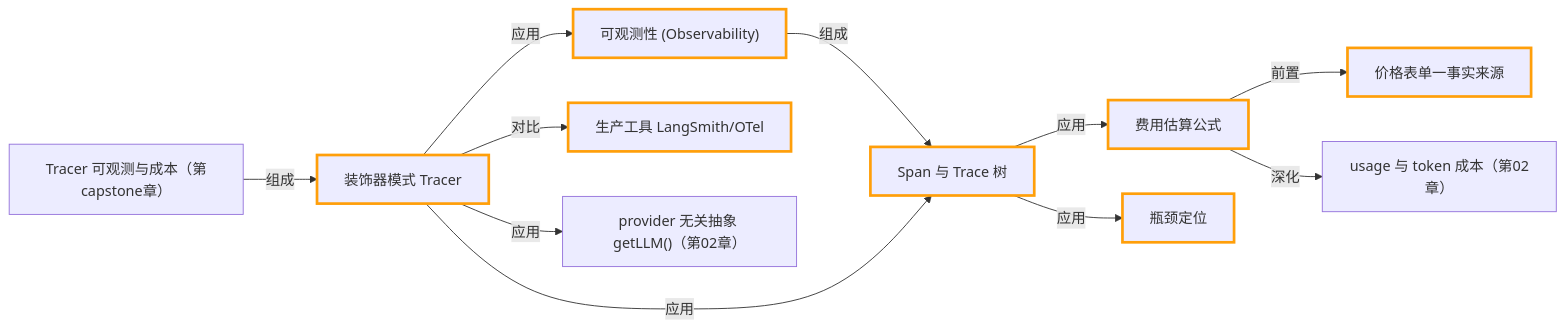
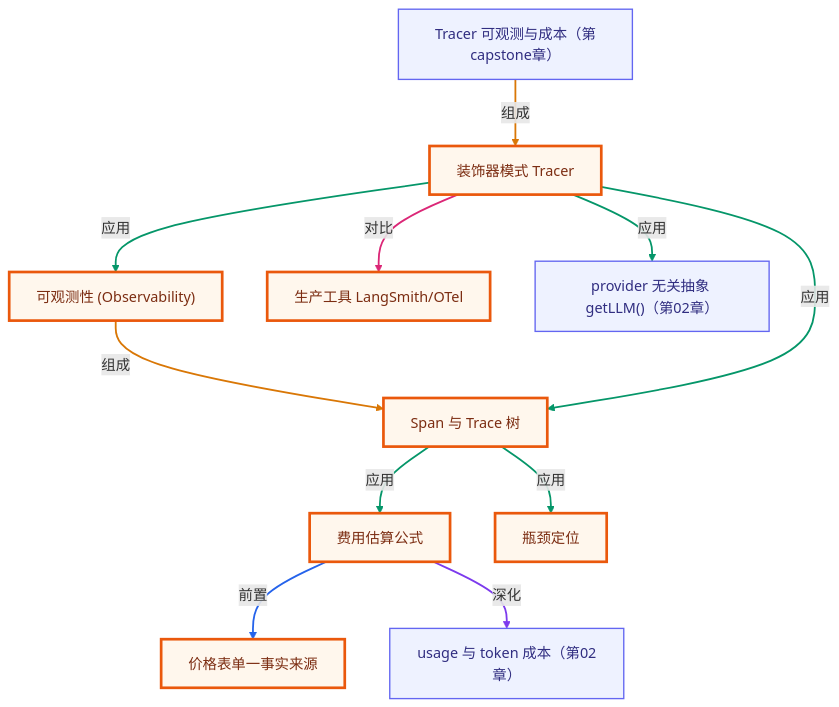
Before and after one commit to songuu/agent: the second of 2 diagrams in lessons/16-observability-and-cost/README.md, drawn with Mermaid. The commit also changed other lines of this file and 72 other files, not shown here.

````diff
--- a/lessons/16-observability-and-cost/README.md
+++ b/lessons/16-observability-and-cost/README.md
@@ -256,30 +258,37 @@
 ```mermaid
-graph LR
+graph TB
+  classDef own fill:#fff7ed,stroke:#ea580c,stroke-width:3px,color:#7c2d12;
+  classDef cross fill:#eef2ff,stroke:#6366f1,stroke-width:1.5px,color:#312e81;
   n_c16_observability["可观测性 (Observability)"]
   n_c16_span_trace_tree["Span 与 Trace 树"]
   n_c16_decorator_tracer["装饰器模式 Tracer"]
   n_c16_cost_estimation["费用估算公式"]
   n_c16_price_table["价格表单一事实来源"]
   n_c16_bottleneck_location["瓶颈定位"]
   n_c16_production_tooling["生产工具 LangSmith/OTel"]
   n_c02_usage_token["usage 与 token 成本（第02章）"]
   n_c02_get_llm_abstraction["provider 无关抽象 getLLM()（第02章）"]
   n_ccapstone_tracer_cost["Tracer 可观测与成本（第capstone章）"]
   n_c16_observability -->|组成| n_c16_span_trace_tree
   n_c16_decorator_tracer -->|应用| n_c16_observability
   n_c16_decorator_tracer -->|应用| n_c16_span_trace_tree
   n_c16_cost_estimation -->|前置| n_c16_price_table
   n_c16_span_trace_tree -->|应用| n_c16_cost_estimation
   n_c16_span_trace_tree -->|应用| n_c16_bottleneck_location
   n_c16_decorator_tracer -->|对比| n_c16_production_tooling
   n_c16_cost_estimation -->|深化| n_c02_usage_token
   n_c16_decorator_tracer -->|应用| n_c02_get_llm_abstraction
   n_ccapstone_tracer_cost -->|组成| n_c16_decorator_tracer
-  style n_c16_observability stroke:#ff9f0a,stroke-width:3px
-  style n_c16_span_trace_tree stroke:#ff9f0a,stroke-width:3px
-  style n_c16_decorator_tracer stroke:#ff9f0a,stroke-width:3px
-  style n_c16_cost_estimation stroke:#ff9f0a,stroke-width:3px
-  style n_c16_price_table stroke:#ff9f0a,stroke-width:3px
-  style n_c16_bottleneck_location stroke:#ff9f0a,stroke-width:3px
-  style n_c16_production_tooling stroke:#ff9f0a,stroke-width:3px
+  class n_c16_observability,n_c16_span_trace_tree,n_c16_decorator_tracer,n_c16_cost_estimation,n_c16_price_table,n_c16_bottleneck_location,n_c16_production_tooling own;
+  class n_c02_usage_token,n_c02_get_llm_abstraction,n_ccapstone_tracer_cost cross;
+  linkStyle 0 stroke:#d97706,stroke-width:2px;
+  linkStyle 1 stroke:#059669,stroke-width:2px;
+  linkStyle 2 stroke:#059669,stroke-width:2px;
+  linkStyle 3 stroke:#2563eb,stroke-width:2px;
+  linkStyle 4 stroke:#059669,stroke-width:2px;
+  linkStyle 5 stroke:#059669,stroke-width:2px;
+  linkStyle 6 stroke:#db2777,stroke-width:2px;
+  linkStyle 7 stroke:#7c3aed,stroke-width:2px;
+  linkStyle 8 stroke:#059669,stroke-width:2px;
+  linkStyle 9 stroke:#d97706,stroke-width:2px;
 ```
````
